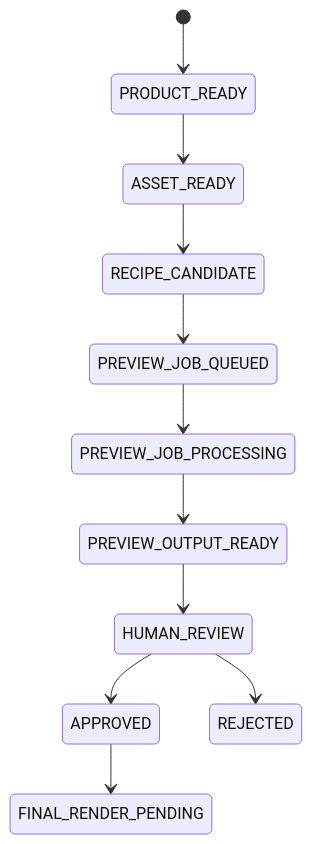
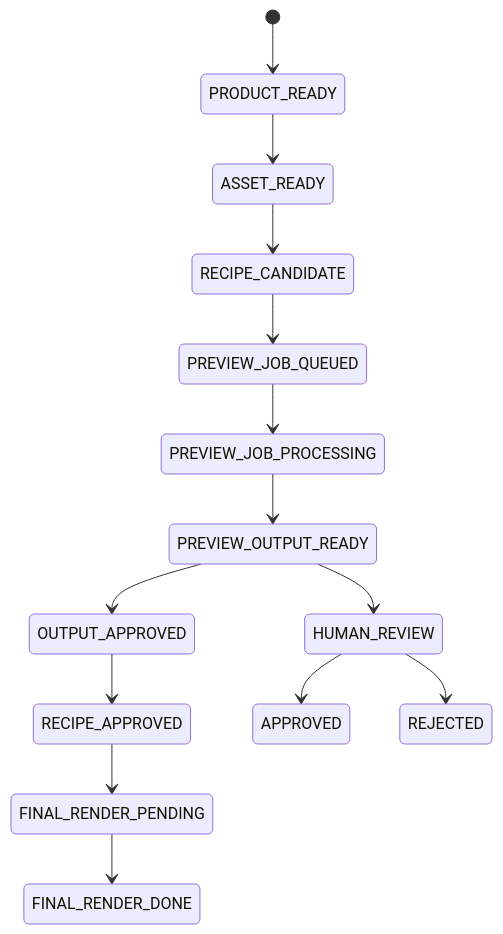
Before and after one commit to idev006/MTClipFactory: the sixth of 6 diagrams in doc/10_UML_System_Overview.md, drawn with Mermaid. The commit also changed other lines of this file and 19 other files, not shown here.

Commit message:
Add review workflow and final render foundation

````diff
--- a/doc/10_UML_System_Overview.md
+++ b/doc/10_UML_System_Overview.md
@@ -231,13 +272,16 @@
 ```mermaid
 stateDiagram-v2
     [*] --> PRODUCT_READY
     PRODUCT_READY --> ASSET_READY
     ASSET_READY --> RECIPE_CANDIDATE
     RECIPE_CANDIDATE --> PREVIEW_JOB_QUEUED
     PREVIEW_JOB_QUEUED --> PREVIEW_JOB_PROCESSING
     PREVIEW_JOB_PROCESSING --> PREVIEW_OUTPUT_READY
+    PREVIEW_OUTPUT_READY --> OUTPUT_APPROVED
     PREVIEW_OUTPUT_READY --> HUMAN_REVIEW
+    OUTPUT_APPROVED --> RECIPE_APPROVED
     HUMAN_REVIEW --> APPROVED
     HUMAN_REVIEW --> REJECTED
-    APPROVED --> FINAL_RENDER_PENDING
+    RECIPE_APPROVED --> FINAL_RENDER_PENDING
+    FINAL_RENDER_PENDING --> FINAL_RENDER_DONE
 ```
````
